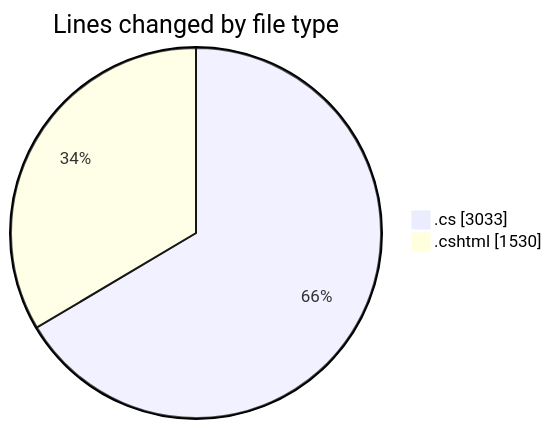
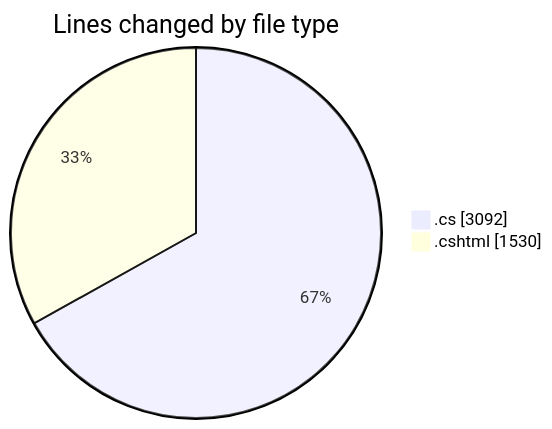
One commit to lephambinh05/code-tracking changed the first of 2 diagrams in 2025-07-28/quanlyrapchieuphim-1/README.md. Above: the diagram before and after it, drawn with Mermaid. The commit also changed other lines of this file and 1 other file, not shown here.

````diff
--- a/2025-07-28/quanlyrapchieuphim-1/README.md
+++ b/2025-07-28/quanlyrapchieuphim-1/README.md
@@ -30,6 +31,6 @@
 ```mermaid
 pie showData
 title Lines changed by file type
-".cs" : 3033
+".cs" : 3092
 ".cshtml" : 1530
 ```
````
